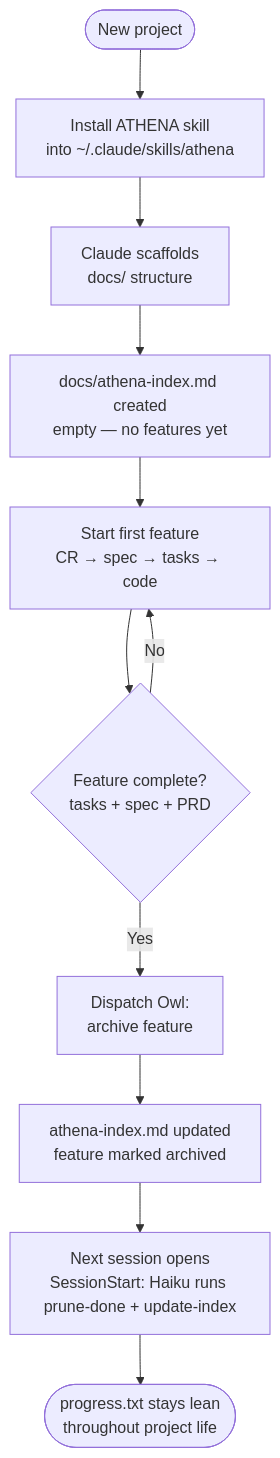
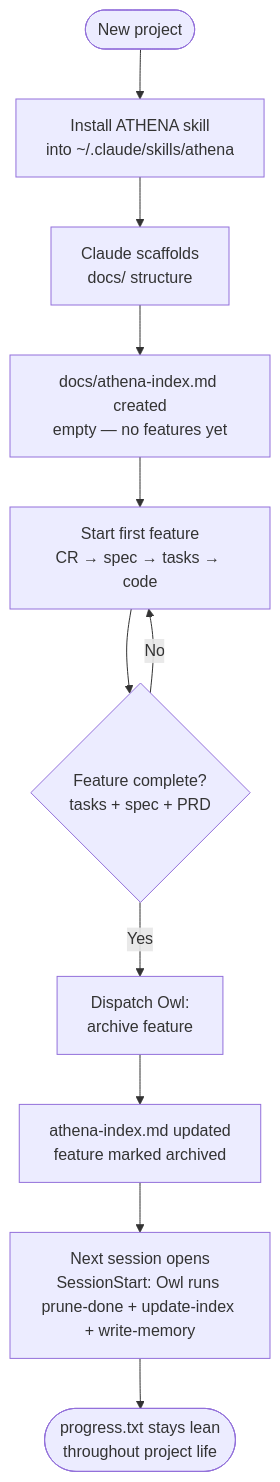
One commit to taylorparsons/athena-skill changed the fourth of 4 diagrams in README.md. Above: the diagram before and after it, drawn with Mermaid. The commit also changed other lines of this file, not shown here.

Commit message:
docs: update README SessionStart hook snippets and descriptions for write-memory (Feature: 20260414-owl-memory-bridge)

````diff
--- a/README.md
+++ b/README.md
@@ -166,13 +166,13 @@
 ```mermaid
 flowchart TD
     A([New project]) --> B[Install ATHENA skill\ninto ~/.claude/skills/athena]
     B --> C[Claude scaffolds\ndocs/ structure]
     C --> D[docs/athena-index.md created\nempty — no features yet]
     D --> E[Start first feature\nCR → spec → tasks → code]
     E --> F{Feature complete?\ntasks + spec + PRD}
     F -- No --> E
     F -- Yes --> G[Dispatch Owl:\narchive feature]
     G --> H[athena-index.md updated\nfeature marked archived]
-    H --> I[Next session opens\nSessionStart: Haiku runs prune-done + update-index]
+    H --> I[Next session opens\nSessionStart: Owl runs prune-done + update-index + write-memory]
     I --> J([progress.txt stays lean\nthroughout project life])
 ```
````
